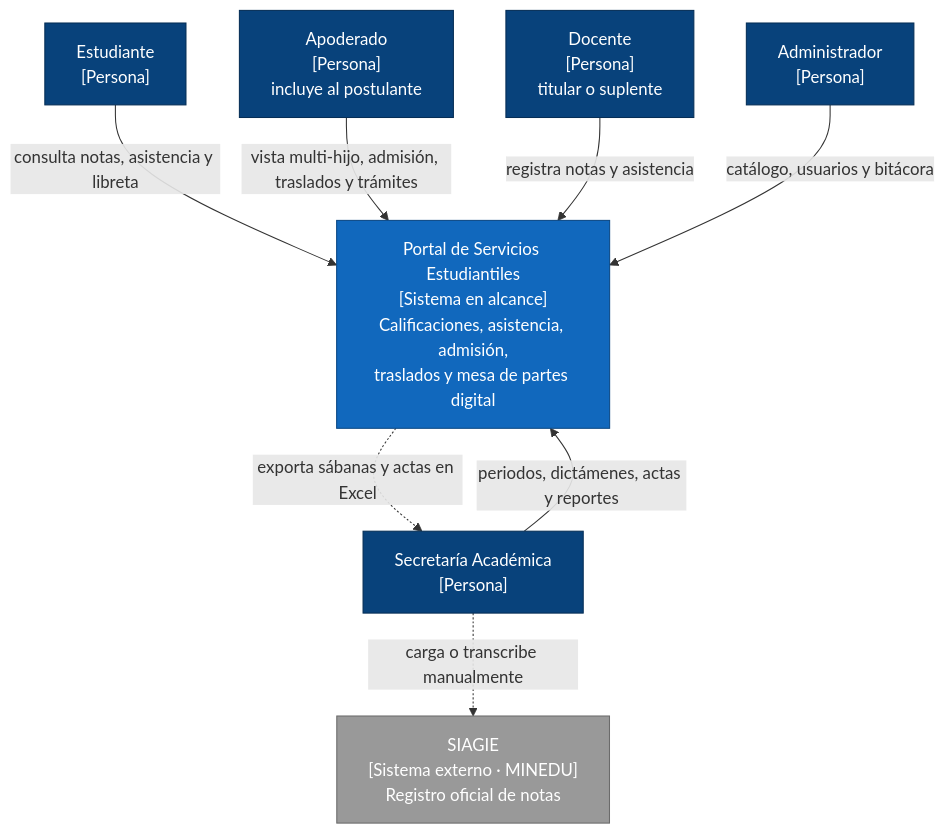
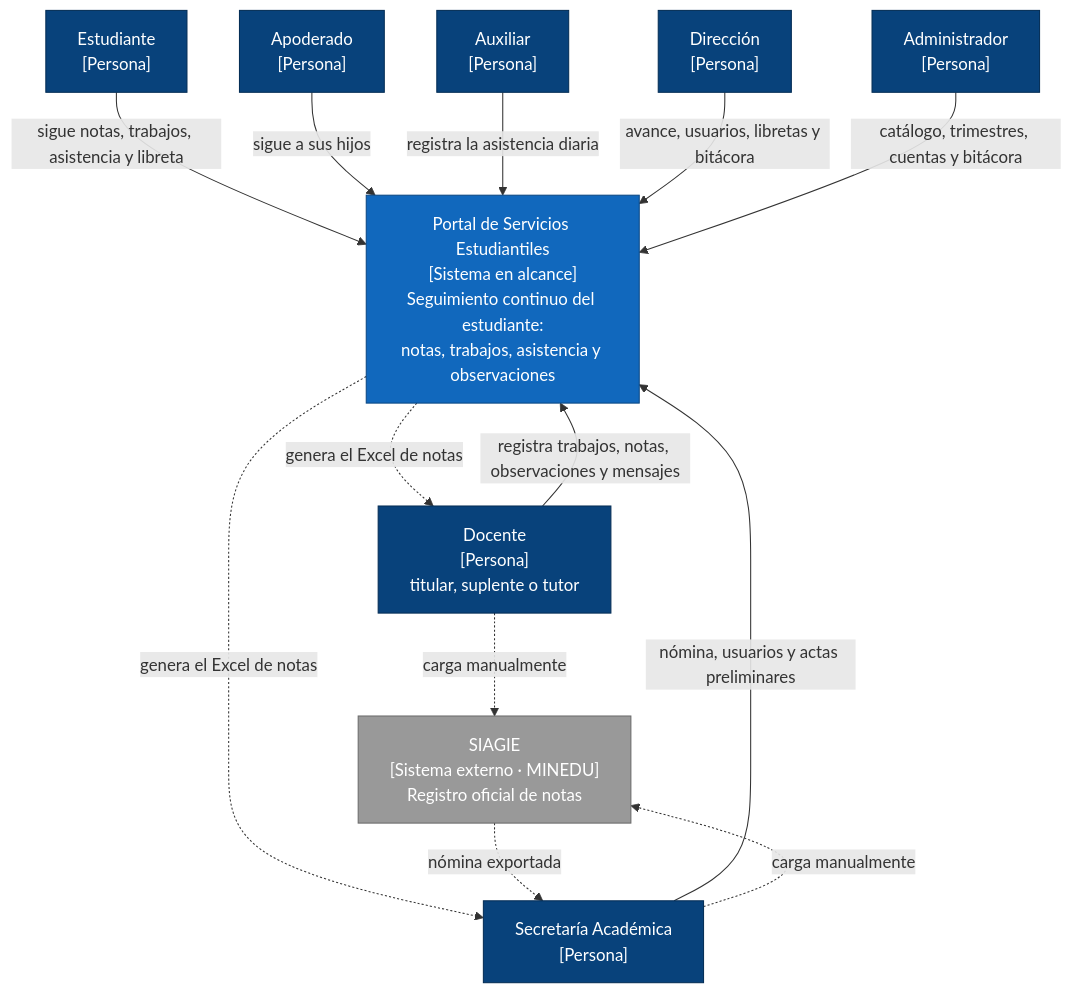
The diagram in docs/04-modelo-c4/01-nivel1-contexto.md (HafidJoss/PORTAL_DE_SERVICIOS_ESTUDIANTILES), drawn with Mermaid before and after one commit. The commit also changed other lines of this file and 3 other files, not shown here.

````diff
--- a/docs/04-modelo-c4/01-nivel1-contexto.md
+++ b/docs/04-modelo-c4/01-nivel1-contexto.md
@@ -23,27 +23,34 @@
 ```mermaid
 flowchart TB
     EST["Estudiante<br/>[Persona]"]
-    APO["Apoderado<br/>[Persona]<br/>incluye al postulante"]
-    DOC["Docente<br/>[Persona]<br/>titular o suplente"]
+    APO["Apoderado<br/>[Persona]"]
+    DOC["Docente<br/>[Persona]<br/>titular, suplente o tutor"]
+    AUX["Auxiliar<br/>[Persona]"]
     SEC["Secretaría Académica<br/>[Persona]"]
+    DIR["Dirección<br/>[Persona]"]
     ADM["Administrador<br/>[Persona]"]
 
-    PORTAL["Portal de Servicios Estudiantiles<br/>[Sistema en alcance]<br/>Calificaciones, asistencia, admisión,<br/>traslados y mesa de partes digital"]
+    PORTAL["Portal de Servicios Estudiantiles<br/>[Sistema en alcance]<br/>Seguimiento continuo del estudiante:<br/>notas, trabajos, asistencia y observaciones"]
 
     SIAGIE["SIAGIE<br/>[Sistema externo · MINEDU]<br/>Registro oficial de notas"]
 
-    EST -->|consulta notas, asistencia y libreta| PORTAL
-    APO -->|vista multi-hijo, admisión, traslados y trámites| PORTAL
-    DOC -->|registra notas y asistencia| PORTAL
-    SEC -->|periodos, dictámenes, actas y reportes| PORTAL
-    ADM -->|catálogo, usuarios y bitácora| PORTAL
-    PORTAL -.->|exporta sábanas y actas en Excel| SEC
-    SEC -.->|carga o transcribe manualmente| SIAGIE
+    EST -->|sigue notas, trabajos, asistencia y libreta| PORTAL
+    APO -->|sigue a sus hijos| PORTAL
+    DOC -->|registra trabajos, notas, observaciones y mensajes| PORTAL
+    AUX -->|registra la asistencia diaria| PORTAL
+    SEC -->|nómina, usuarios y actas preliminares| PORTAL
+    DIR -->|avance, usuarios, libretas y bitácora| PORTAL
+    ADM -->|catálogo, trimestres, cuentas y bitácora| PORTAL
+    PORTAL -.->|genera el Excel de notas| DOC
+    PORTAL -.->|genera el Excel de notas| SEC
+    SEC -.->|carga manualmente| SIAGIE
+    DOC -.->|carga manualmente| SIAGIE
+    SIAGIE -.->|nómina exportada| SEC
 
     classDef cPersona fill:#08427b,stroke:#052e56,color:#ffffff
     classDef cSistema fill:#1168bd,stroke:#0b4884,color:#ffffff
     classDef cExterno fill:#999999,stroke:#6b6b6b,color:#ffffff
-    class EST,APO,DOC,SEC,ADM cPersona
+    class EST,APO,DOC,AUX,SEC,DIR,ADM cPersona
     class PORTAL cSistema
     class SIAGIE cExterno
 ```
````
